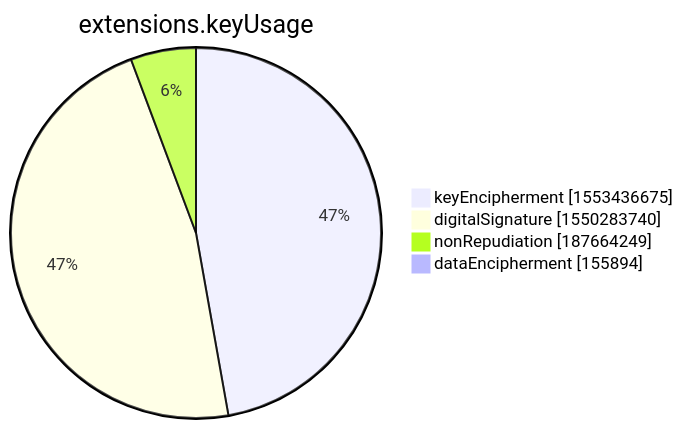
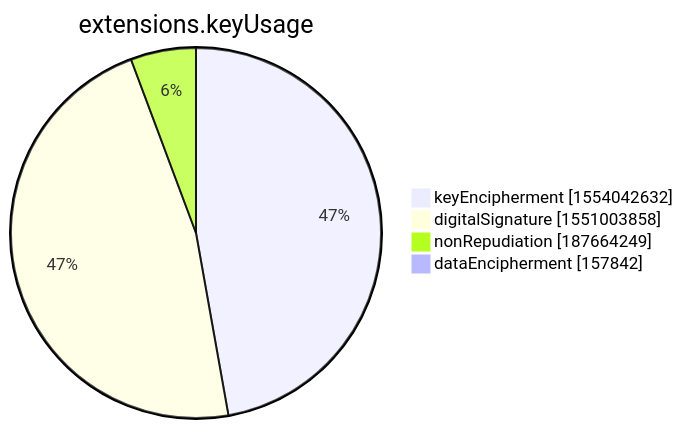
One commit to christiankrug/ctmonitor_visualization changed the seventh of 15 diagrams in xenon2022/README.md. Above: the diagram before and after it, drawn with Mermaid. The commit also changed other lines of this file, not shown here.

````diff
--- a/xenon2022/README.md
+++ b/xenon2022/README.md
@@ -2852,8 +2852,8 @@
 ```mermaid
 pie showData
 title extensions.keyUsage
-"keyEncipherment" :1553436675
-"digitalSignature" :1550283740
+"keyEncipherment" :1554042632
+"digitalSignature" :1551003858
 "nonRepudiation" :187664249
-"dataEncipherment" :155894
+"dataEncipherment" :157842
 ```
````
